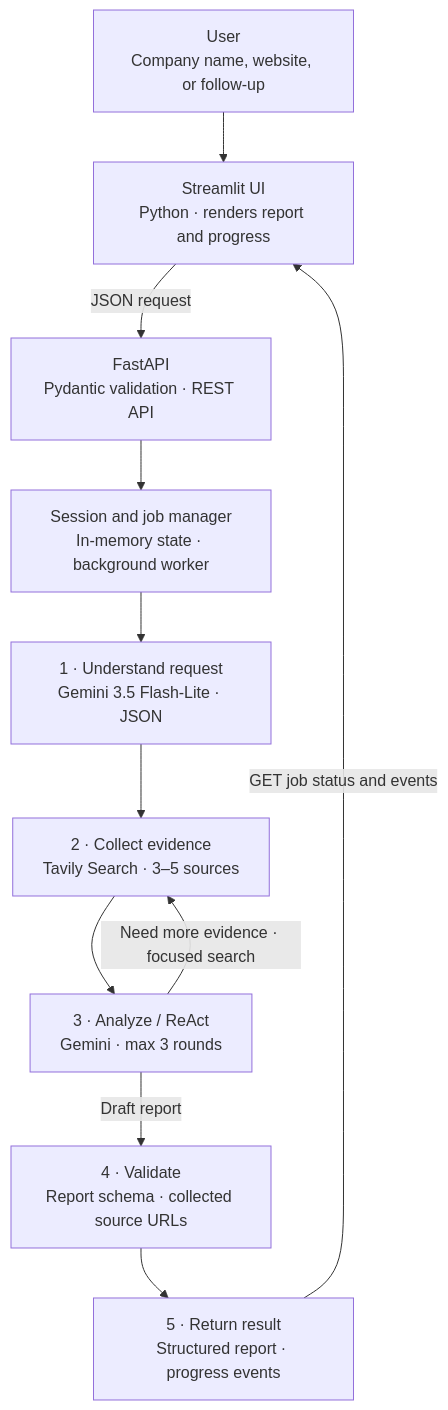
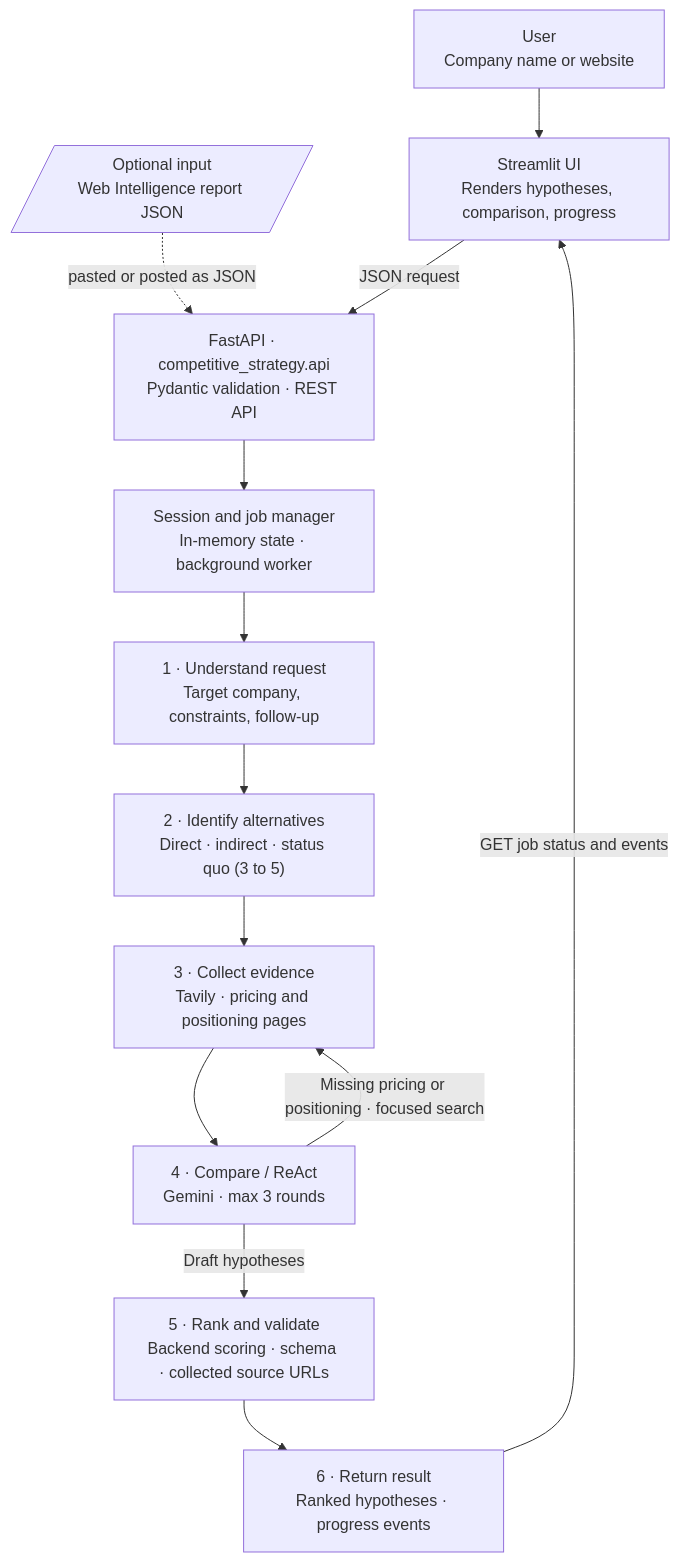
The diagram in README.md (efolley/Venture-OS), drawn with Mermaid before and after one commit. The commit also changed other lines of this file and 13 other files, not shown here.

First line of the commit message:
Competitive Strategy: standalone module scaffold (docs and config)

````diff
--- a/README.md
+++ b/README.md
@@ -18,13 +29,15 @@
 ```mermaid
 flowchart TD
-    U["User<br/>Company name, website, or follow-up"] --> UI["Streamlit UI<br/>Python · renders report and progress"]
-    UI -->|"JSON request"| API["FastAPI<br/>Pydantic validation · REST API"]
+    U["User<br/>Company name or website"] --> UI["Streamlit UI<br/>Renders hypotheses, comparison, progress"]
+    WI[/"Optional input<br/>Web Intelligence report JSON"/] -.->|"pasted or posted as JSON"| API
+    UI -->|"JSON request"| API["FastAPI · competitive_strategy.api<br/>Pydantic validation · REST API"]
     API --> JOB["Session and job manager<br/>In-memory state · background worker"]
-    JOB --> INTENT["1 · Understand request<br/>Gemini 3.5 Flash-Lite · JSON"]
-    INTENT --> SEARCH["2 · Collect evidence<br/>Tavily Search · 3–5 sources"]
-    SEARCH --> ANALYZE["3 · Analyze / ReAct<br/>Gemini · max 3 rounds"]
-    ANALYZE -->|"Need more evidence · focused search"| SEARCH
-    ANALYZE -->|"Draft report"| VALIDATE["4 · Validate<br/>Report schema · collected source URLs"]
-    VALIDATE --> RESULT["5 · Return result<br/>Structured report · progress events"]
+    JOB --> INTENT["1 · Understand request<br/>Target company, constraints, follow-up"]
+    INTENT --> ALT["2 · Identify alternatives<br/>Direct · indirect · status quo (3 to 5)"]
+    ALT --> SEARCH["3 · Collect evidence<br/>Tavily · pricing and positioning pages"]
+    SEARCH --> COMPARE["4 · Compare / ReAct<br/>Gemini · max 3 rounds"]
+    COMPARE -->|"Missing pricing or positioning · focused search"| SEARCH
+    COMPARE -->|"Draft hypotheses"| VALIDATE["5 · Rank and validate<br/>Backend scoring · schema · collected source URLs"]
+    VALIDATE --> RESULT["6 · Return result<br/>Ranked hypotheses · progress events"]
     RESULT -->|"GET job status and events"| UI
 ```
````
